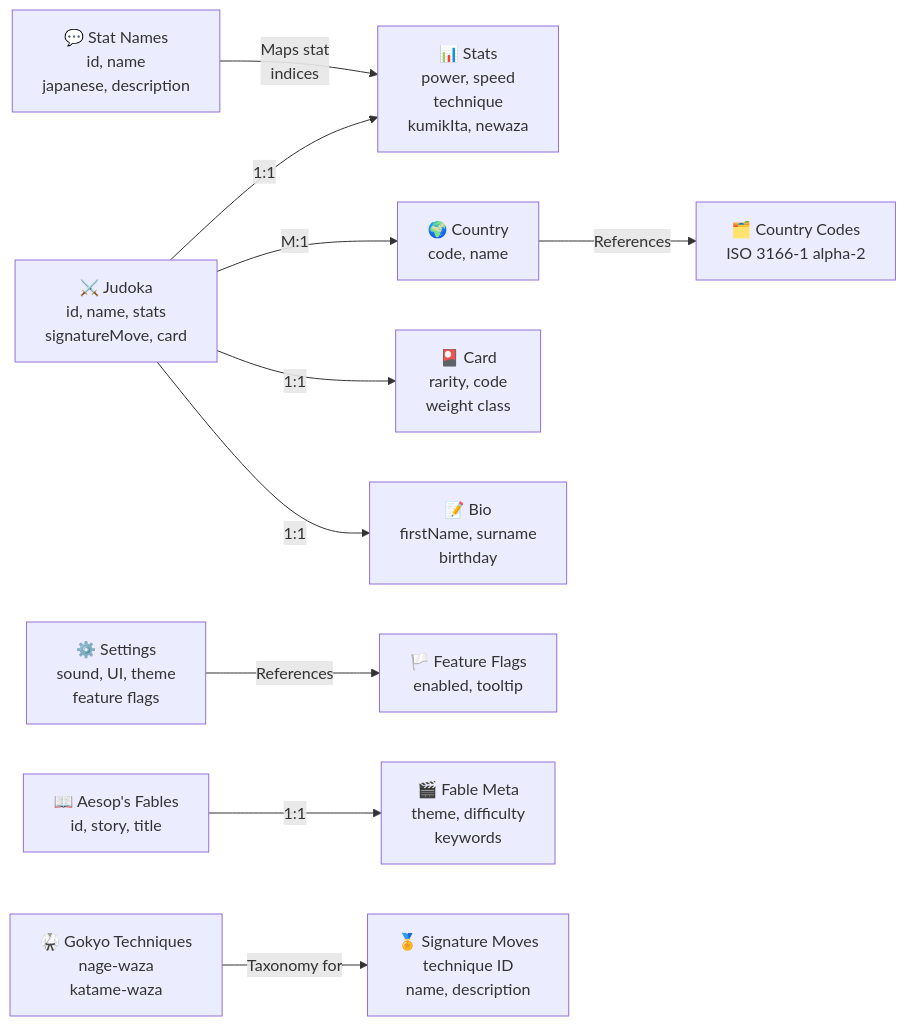
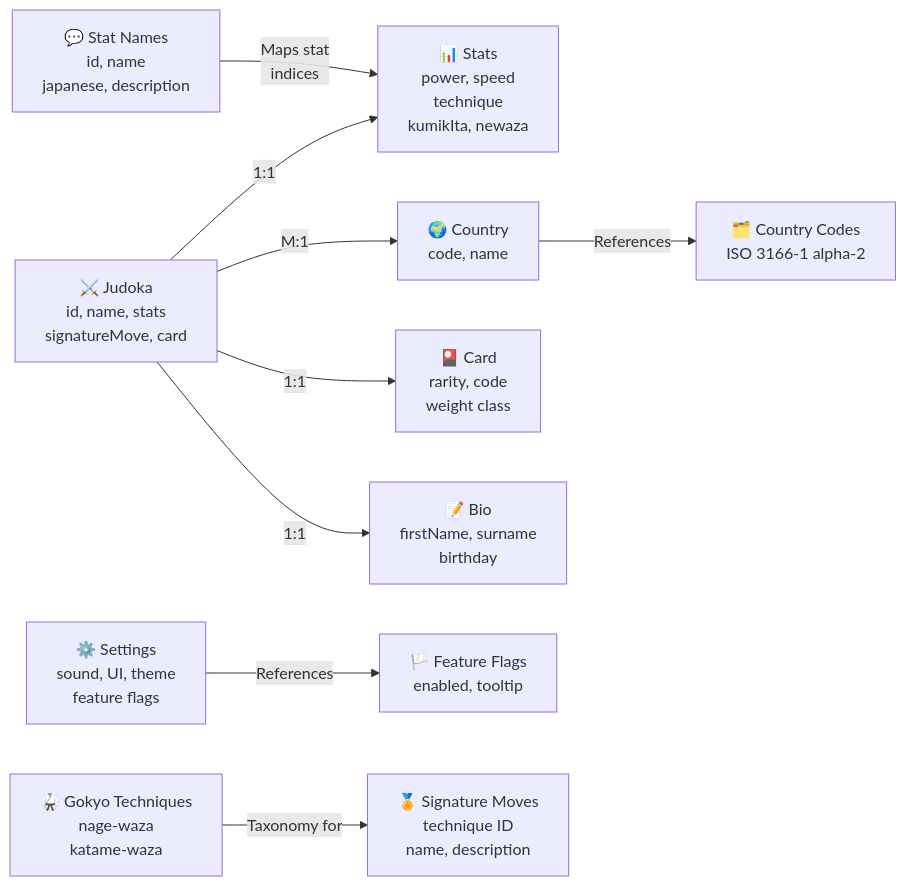
Before and after one commit to CyanAutomation/judokon: the first of 3 diagrams in design/productRequirementsDocuments/prdDataSchemas.md, drawn with Mermaid. The commit also changed other lines of this file and 19 other files, not shown here.

First line of the commit message:
Remove Aesop's Fables feature and dependencies (#5856)

````diff
--- a/design/productRequirementsDocuments/prdDataSchemas.md
+++ b/design/productRequirementsDocuments/prdDataSchemas.md
@@ -21,17 +21,15 @@
 ```mermaid
 graph LR
     A["⚔️ Judoka<br/>id, name, stats<br/>signatureMove, card"] -->|"1:1"| B["📊 Stats<br/>power, speed<br/>technique<br/>kumikIta, newaza"]
     A -->|"M:1"| C["🌍 Country<br/>code, name"]
     A -->|"1:1"| D["🎴 Card<br/>rarity, code<br/>weight class"]
     A -->|"1:1"| E["📝 Bio<br/>firstName, surname<br/>birthday"]
     C -->|"References"| G["🗂️ Country Codes<br/>ISO 3166-1 alpha-2"]
     H["⚙️ Settings<br/>sound, UI, theme<br/>feature flags"] -->|"References"| I["🏳️ Feature Flags<br/>enabled, tooltip"]
-    J["📖 Aesop's Fables<br/>id, story, title"] -->|"1:1"| K["🎬 Fable Meta<br/>theme, difficulty<br/>keywords"]
     L["💬 Stat Names<br/>id, name<br/>japanese, description"] -->|"Maps stat<br/>indices"| B
     M["🥋 Gokyo Techniques<br/>nage-waza<br/>katame-waza"] -->|"Taxonomy for"| N["🏅 Signature Moves<br/>technique ID<br/>name, description"]
     style A fill:#lightgreen
     style B fill:#lightyellow
     style H fill:#lightblue
-    style J fill:#lightcyan
     style G fill:#lightyellow
 ```
````
